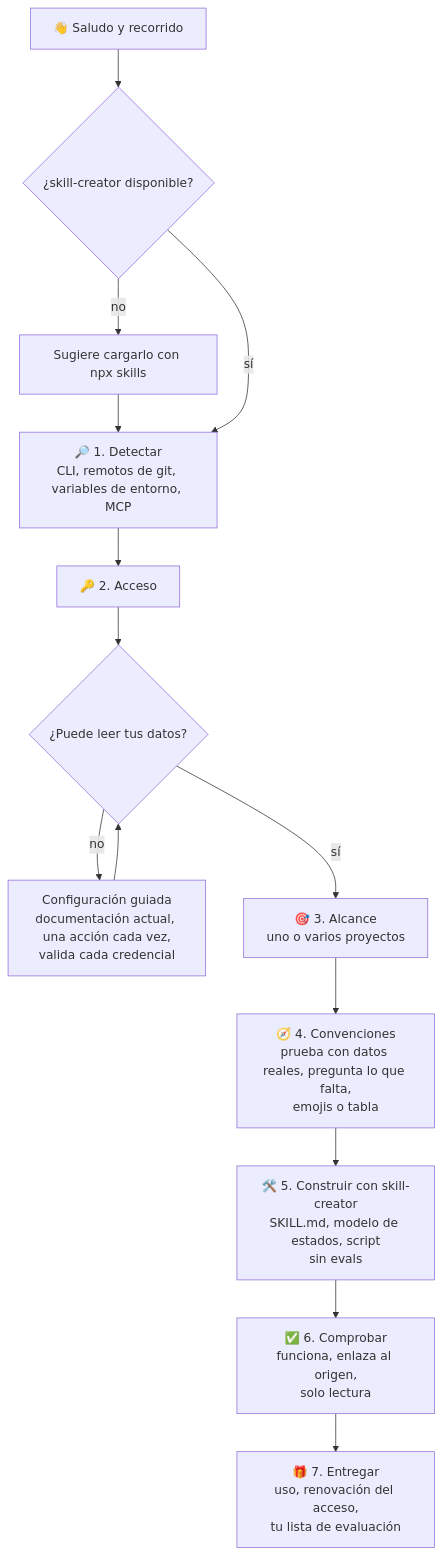
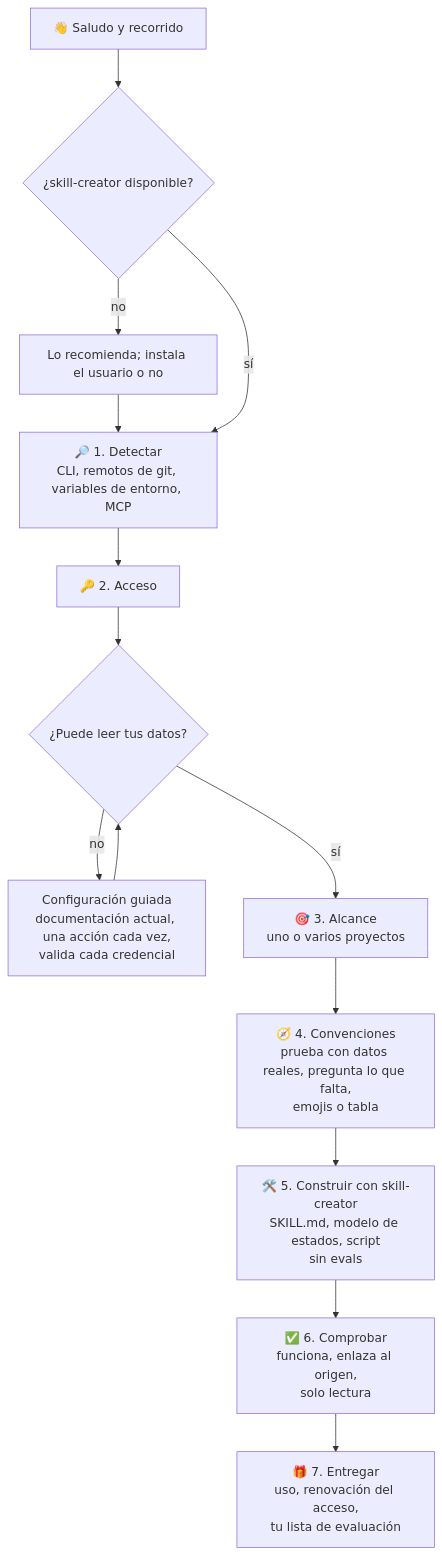
The diagram in README.es.md (webreactiva/whats-next-builder), drawn with Mermaid before and after one commit. The commit also changed 2 other files, not shown here.

Commit message:
fix(builder): recommend skill-creator instead of installing it
The wizard no longer runs npx skills to pull and load skill-creator at
runtime. It detects the skill, shows the official install command for the
user to run themselves, and continues without it if they decline.

Removes the transitive trust and supply-chain exposure flagged as W012 by
the skill security report.

````diff
--- a/README.es.md
+++ b/README.es.md
@@ -105,16 +105,16 @@
 ```mermaid
 flowchart TD
     A["👋 Saludo y recorrido"] --> B{"¿skill-creator disponible?"}
-    B -->|no| B1["Sugiere cargarlo con npx skills"]
+    B -->|no| B1["Lo recomienda; instala el usuario o no"]
     B1 --> C
     B -->|sí| C["🔎 1. Detectar<br/>CLI, remotos de git, variables de entorno, MCP"]
     C --> D["🔑 2. Acceso"]
     D --> D1{"¿Puede leer tus datos?"}
     D1 -->|no| D2["Configuración guiada<br/>documentación actual, una acción cada vez,<br/>valida cada credencial"]
     D2 --> D1
     D1 -->|sí| E["🎯 3. Alcance<br/>uno o varios proyectos"]
     E --> F["🧭 4. Convenciones<br/>prueba con datos reales, pregunta lo que falta,<br/>emojis o tabla"]
     F --> G["🛠️ 5. Construir con skill-creator<br/>SKILL.md, modelo de estados, script<br/>sin evals"]
     G --> H["✅ 6. Comprobar<br/>funciona, enlaza al origen,<br/>solo lectura"]
     H --> I["🎁 7. Entregar<br/>uso, renovación del acceso,<br/>tu lista de evaluación"]
 ```
````
